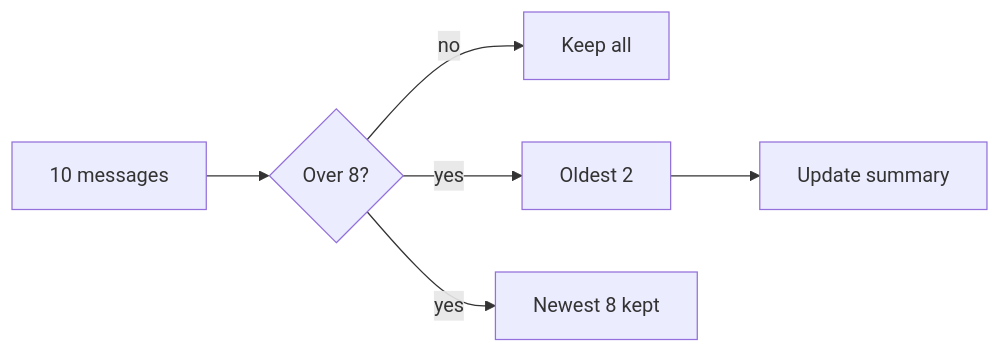
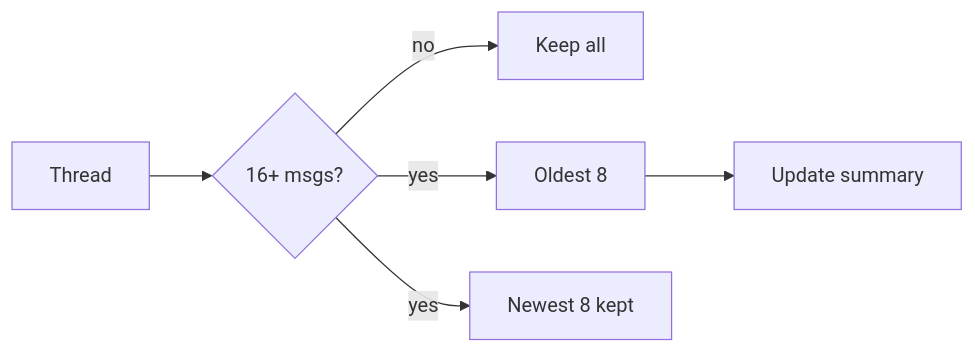
Before and after one commit to manjuv03/Personalized-AI-Assistant-with-Contextual-Recall: the fourth of 6 diagrams in PROJECT_REPORT.md, drawn with Mermaid. The commit also changed other lines of this file and 4 other files, not shown here.

````diff
--- a/PROJECT_REPORT.md
+++ b/PROJECT_REPORT.md
@@ -189,7 +189,7 @@
 ```mermaid
 flowchart LR
-    A[10 messages] --> B{"Over 8?"}
+    A[Thread] --> B{"16+ msgs?"}
     B -- no --> F[Keep all]
-    B -- yes --> C[Oldest 2] --> D[Update summary]
+    B -- yes --> C[Oldest 8] --> D[Update summary]
     B -- yes --> E[Newest 8 kept]
 ```
````
